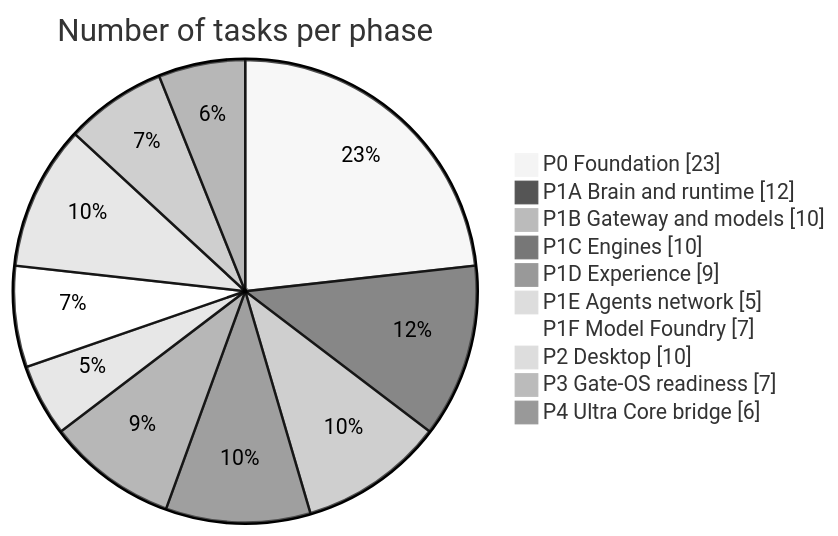
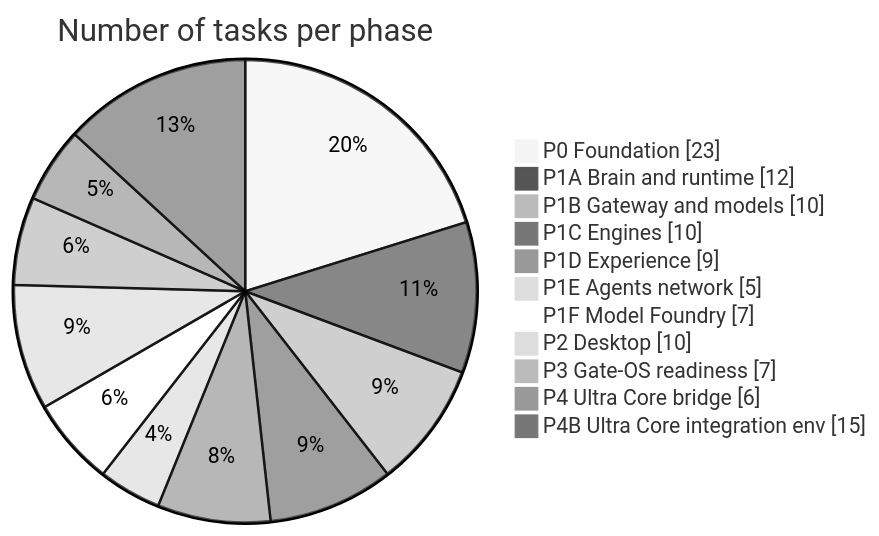
One commit to Ultra-Cube/Ultra-AI changed the second of 3 diagrams in brain-stack/workflows/ULTRA_AI_TODO.md. Above: the diagram before and after it, drawn with Mermaid (neutral theme). The commit also changed other lines of this file, not shown here.

First line of the commit message:
docs(planning): add P4B Ultra Core integration roadmap

````diff
--- a/brain-stack/workflows/ULTRA_AI_TODO.md
+++ b/brain-stack/workflows/ULTRA_AI_TODO.md
@@ -35,14 +36,15 @@
 ```mermaid
 pie showData
     title Number of tasks per phase
     "P0 Foundation" : 23
     "P1A Brain and runtime" : 12
     "P1B Gateway and models" : 10
     "P1C Engines" : 10
     "P1D Experience" : 9
     "P1E Agents network" : 5
     "P1F Model Foundry" : 7
     "P2 Desktop" : 10
     "P3 Gate-OS readiness" : 7
     "P4 Ultra Core bridge" : 6
+    "P4B Ultra Core integration env" : 15
 ```
````
